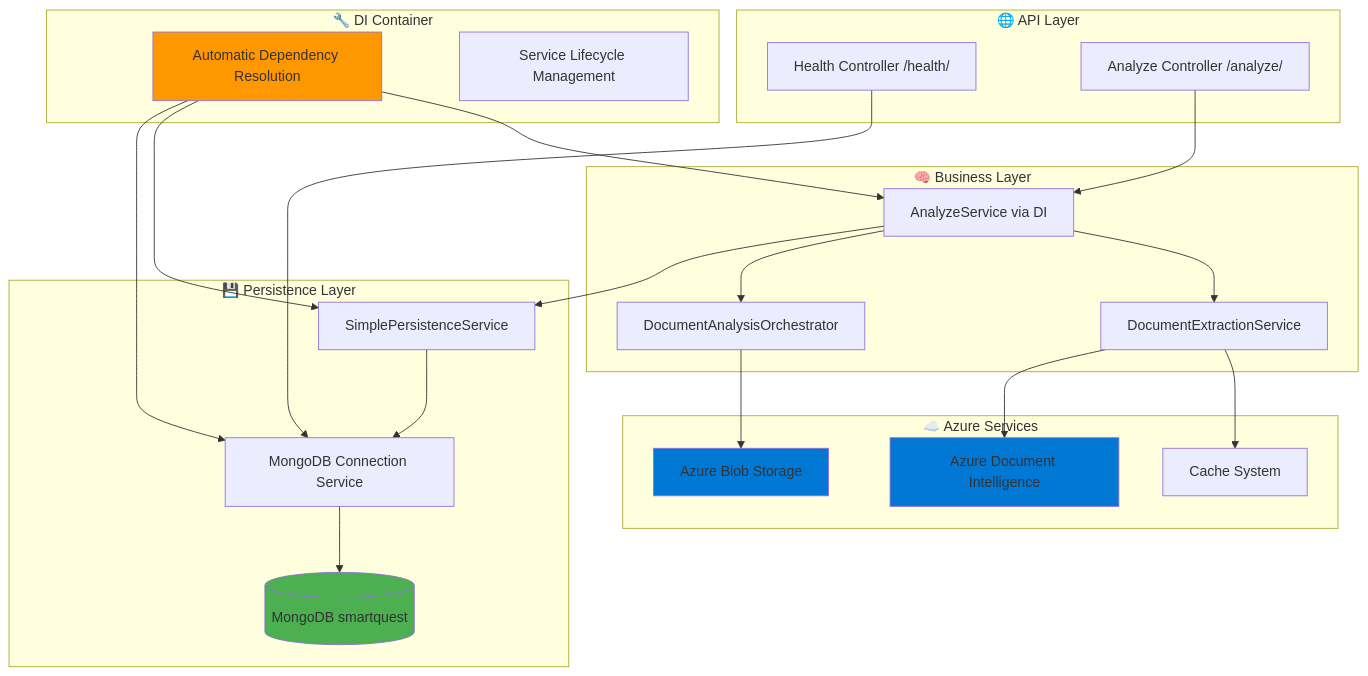
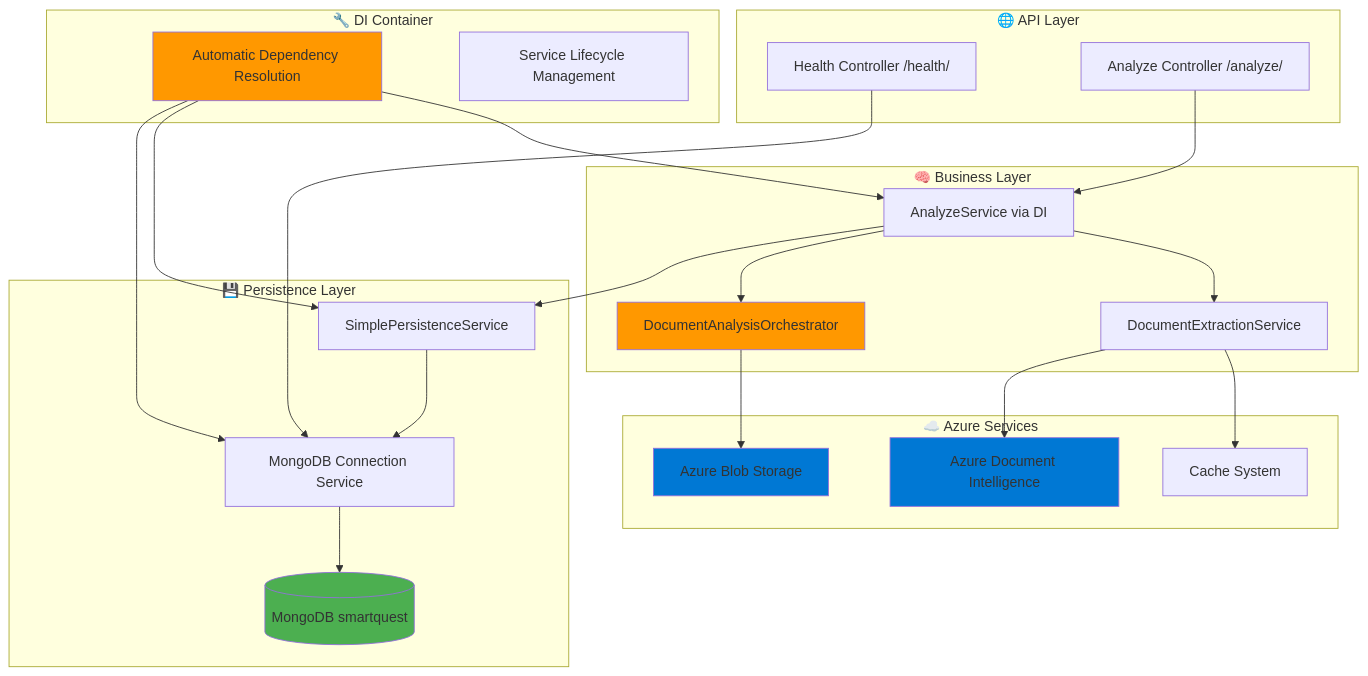
One commit to Bergami/CriEduc.SmartQuest changed the first of 2 diagrams in README.md. Above: the diagram before and after it, drawn with Mermaid. The commit also changed other lines of this file and 2 other files, not shown here.

````diff
--- a/README.md
+++ b/README.md
@@ -19,49 +19,50 @@
 ```mermaid
 graph TB
     subgraph "🌐 API Layer"
         A[Health Controller /health/]
         B[Analyze Controller /analyze/]
     end
 
     subgraph "🧠 Business Layer"
         C[AnalyzeService via DI]
         D[DocumentExtractionService]
         E[DocumentAnalysisOrchestrator]
     end
 
     subgraph "🔧 DI Container"
         F[Automatic Dependency Resolution]
         G[Service Lifecycle Management]
     end
 
     subgraph "💾 Persistence Layer"
         H[SimplePersistenceService]
         I[MongoDB Connection Service]
         J[(MongoDB smartquest)]
     end
 
     subgraph "☁️ Azure Services"
         K[Azure Document Intelligence]
         L[Azure Blob Storage]
         M[Cache System]
     end
 
     A --> I
     B --> C
     C --> D
     C --> E
     C --> H
     D --> M
     D --> K
     E --> L
     H --> I
     I --> J
     F --> C
     F --> H
     F --> I
 
     style J fill:#4CAF50
     style K fill:#0078D4
     style L fill:#0078D4
     style F fill:#FF9800
+    style E fill:#FF9800
 ```
````
